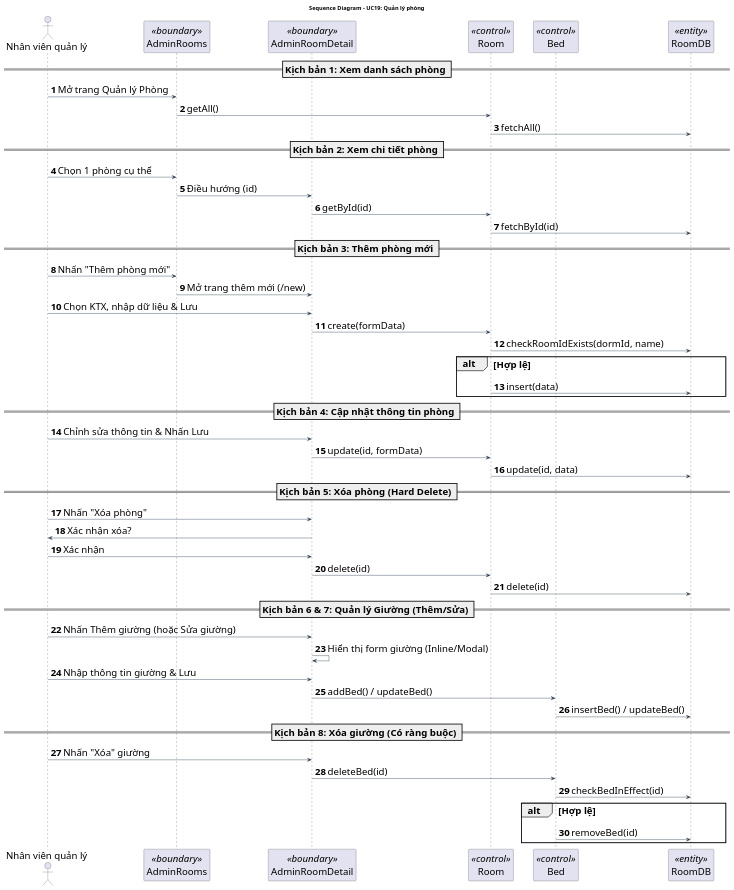
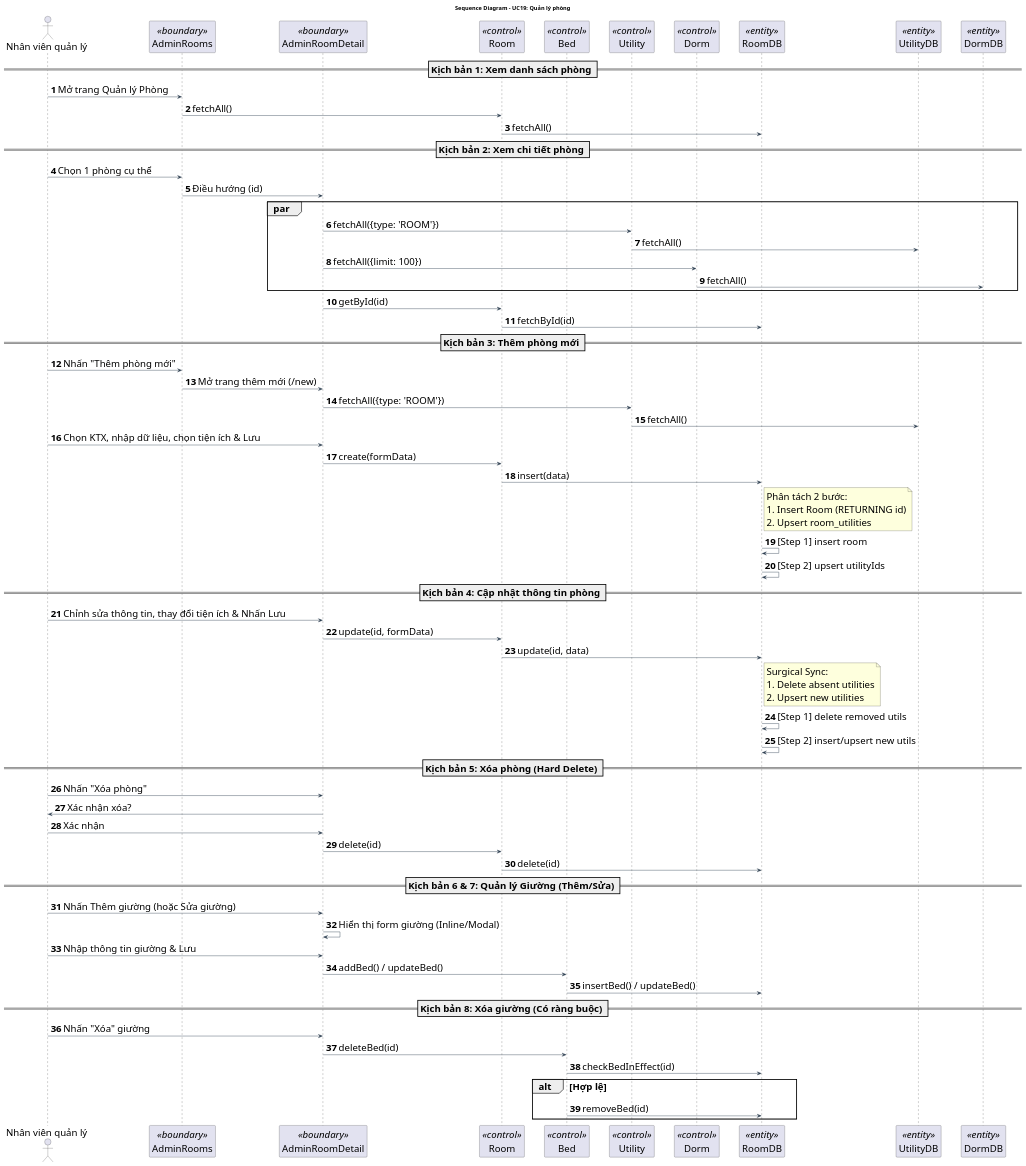
Before and after one commit to Gnourt812005/HCMUS-Analyze-and-desgin-IS: the diagram in doc/system/quan_ly_phong/QuanLyPhong_SequenceDiagram.wsd, drawn with PlantUML. The commit also changed 1 other file, not shown here.

Commit message:
truong/code: fix diagram

```diff
--- a/doc/system/quan_ly_phong/QuanLyPhong_SequenceDiagram.wsd
+++ b/doc/system/quan_ly_phong/QuanLyPhong_SequenceDiagram.wsd
@@ -1,71 +1,86 @@
 @startuml QuanLyPhong_SequenceDiagram
 title Sequence Diagram - UC19: Quản lý phòng
 
 ' --- STYLE CONFIGURATION ---
 skinparam {
     BackgroundColor White
     ArrowColor #2D3E50
     DefaultFontName "Arial"
     DefaultFontSize 24
     ParticipantPadding 20
     BoxPadding 10
 }
 
 actor "Nhân viên quản lý" as Actor
 participant "AdminRooms" as MainGUI <<boundary>>
 participant "AdminRoomDetail" as DetailGUI <<boundary>>
 participant "Room" as BUS_Room <<control>>
 participant "Bed" as BUS_Bed <<control>>
+participant "Utility" as BUS_Util <<control>>
+participant "Dorm" as BUS_Dorm <<control>>
 participant "RoomDB" as DB <<entity>>
+participant "UtilityDB" as DB_Util <<entity>>
+participant "DormDB" as DB_Dorm <<entity>>
 
 autonumber
 
 == Kịch bản 1: Xem danh sách phòng ==
 Actor -> MainGUI: Mở trang Quản lý Phòng
-MainGUI -> BUS_Room: getAll()
+MainGUI -> BUS_Room: fetchAll()
 BUS_Room -> DB: fetchAll()
 
 == Kịch bản 2: Xem chi tiết phòng ==
 Actor -> MainGUI: Chọn 1 phòng cụ thể
 MainGUI -> DetailGUI: Điều hướng (id)
+par 
+    DetailGUI -> BUS_Util: fetchAll({type: 'ROOM'})
+    BUS_Util -> DB_Util: fetchAll()
+    DetailGUI -> BUS_Dorm: fetchAll({limit: 100})
+    BUS_Dorm -> DB_Dorm: fetchAll()
+end
 DetailGUI -> BUS_Room: getById(id)
 BUS_Room -> DB: fetchById(id)
 
 == Kịch bản 3: Thêm phòng mới ==
 Actor -> MainGUI: Nhấn "Thêm phòng mới"
 MainGUI -> DetailGUI: Mở trang thêm mới (/new)
-Actor -> DetailGUI: Chọn KTX, nhập dữ liệu & Lưu
+DetailGUI -> BUS_Util: fetchAll({type: 'ROOM'})
+BUS_Util -> DB_Util: fetchAll()
+Actor -> DetailGUI: Chọn KTX, nhập dữ liệu, chọn tiện ích & Lưu
 DetailGUI -> BUS_Room: create(formData)
-BUS_Room -> DB: checkRoomIdExists(dormId, name)
-alt Hợp lệ
-    BUS_Room -> DB: insert(data)
-end
+BUS_Room -> DB: insert(data)
+Note right of DB: Phân tách 2 bước:\n1. Insert Room (RETURNING id)\n2. Upsert room_utilities
+DB -> DB: [Step 1] insert room
+DB -> DB: [Step 2] upsert utilityIds
 
 == Kịch bản 4: Cập nhật thông tin phòng ==
-Actor -> DetailGUI: Chỉnh sửa thông tin & Nhấn Lưu
+Actor -> DetailGUI: Chỉnh sửa thông tin, thay đổi tiện ích & Nhấn Lưu
 DetailGUI -> BUS_Room: update(id, formData)
 BUS_Room -> DB: update(id, data)
+Note right of DB: Surgical Sync:\n1. Delete absent utilities\n2. Upsert new utilities
+DB -> DB: [Step 1] delete removed utils
+DB -> DB: [Step 2] insert/upsert new utils
 
 == Kịch bản 5: Xóa phòng (Hard Delete) ==
 Actor -> DetailGUI: Nhấn "Xóa phòng"
 DetailGUI -> Actor: Xác nhận xóa?
 Actor -> DetailGUI: Xác nhận
 DetailGUI -> BUS_Room: delete(id)
 BUS_Room -> DB: delete(id)
 
 == Kịch bản 6 & 7: Quản lý Giường (Thêm/Sửa) ==
 Actor -> DetailGUI: Nhấn Thêm giường (hoặc Sửa giường)
 DetailGUI -> DetailGUI: Hiển thị form giường (Inline/Modal)
 Actor -> DetailGUI: Nhập thông tin giường & Lưu
 DetailGUI -> BUS_Bed: addBed() / updateBed()
 BUS_Bed -> DB: insertBed() / updateBed()
 
 == Kịch bản 8: Xóa giường (Có ràng buộc) ==
 Actor -> DetailGUI: Nhấn "Xóa" giường
 DetailGUI -> BUS_Bed: deleteBed(id)
 BUS_Bed -> DB: checkBedInEffect(id)
 alt Hợp lệ
     BUS_Bed -> DB: removeBed(id)
 end
 
 @enduml
```
